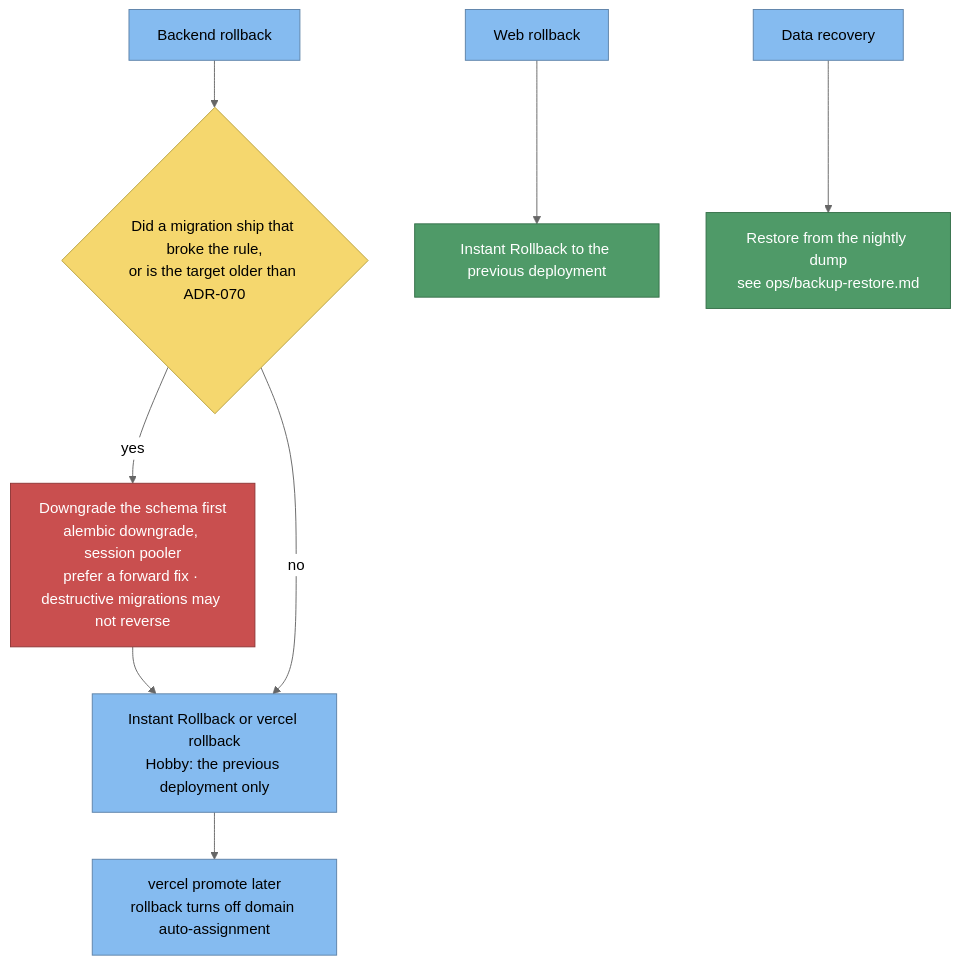
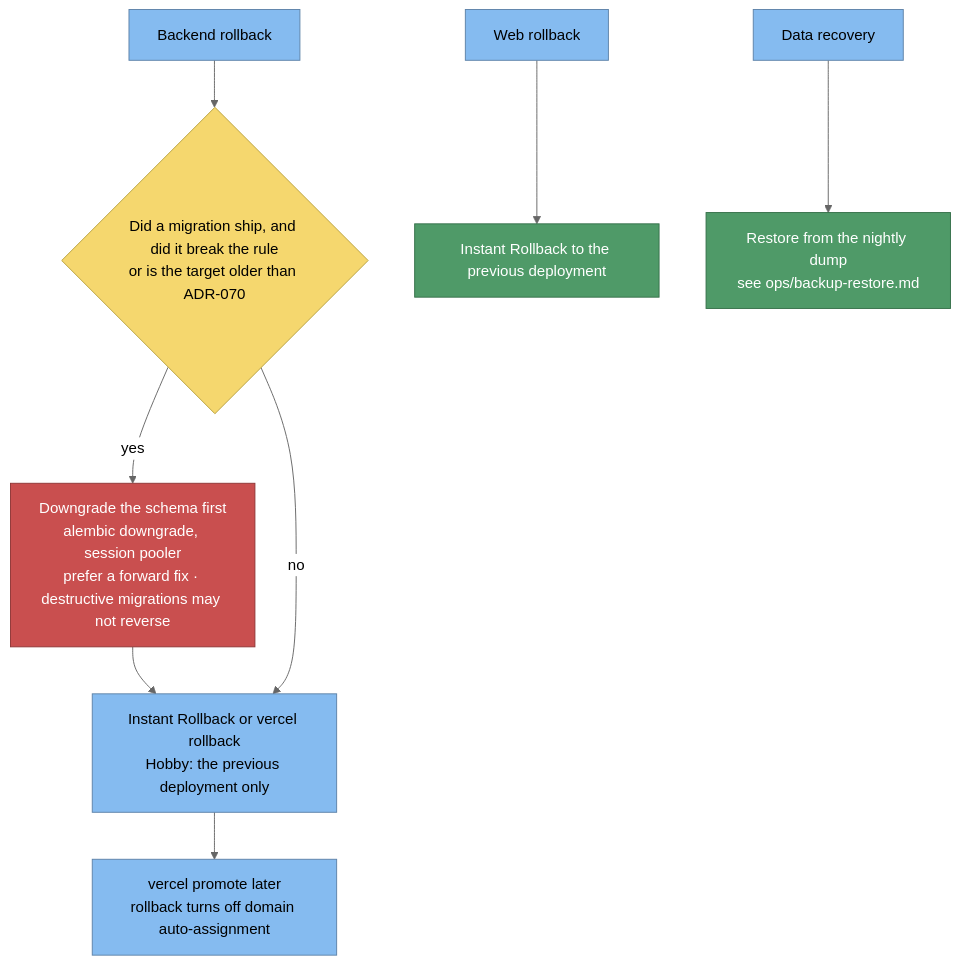
The third of 3 diagrams in docs/sad/07-deployment-view.md (namphuongtran/familyroots), drawn with Mermaid (neutral theme) before and after one commit. The commit also changed 5 other files, not shown here.

````diff
--- a/docs/sad/07-deployment-view.md
+++ b/docs/sad/07-deployment-view.md
@@ -152,25 +152,25 @@
 ```mermaid
 graph TB
   b[Backend rollback]:::comp
-  bd{Did a migration ship that broke the rule,<br/>or is the target older than ADR-070}:::dec
+  bd{Did a migration ship, and did it break the rule<br/>or is the target older than ADR-070}:::dec
   b3[Downgrade the schema first<br/>alembic downgrade, session pooler<br/>prefer a forward fix · destructive migrations may not reverse]:::bad
   b1[Instant Rollback or vercel rollback<br/>Hobby: the previous deployment only]:::comp
   bp[vercel promote later<br/>rollback turns off domain auto-assignment]:::comp
   w[Web rollback]:::comp
   w1[Instant Rollback to the previous deployment]:::good
   d[Data recovery]:::comp
   d1[Restore from the nightly dump<br/>see ops/backup-restore.md]:::good
 
   b --> bd
   bd -->|yes| b3
   b3 --> b1
   bd -->|no| b1
   b1 --> bp
   w --> w1
   d --> d1
 
   classDef comp fill:#85bbf0,stroke:#5d82a8,color:#000000
   classDef dec fill:#f5d76e,stroke:#b8a13c,color:#000000
   classDef good fill:#4f9a68,stroke:#357049,color:#ffffff
   classDef bad fill:#c94f4f,stroke:#8f3636,color:#ffffff
 ```
````
